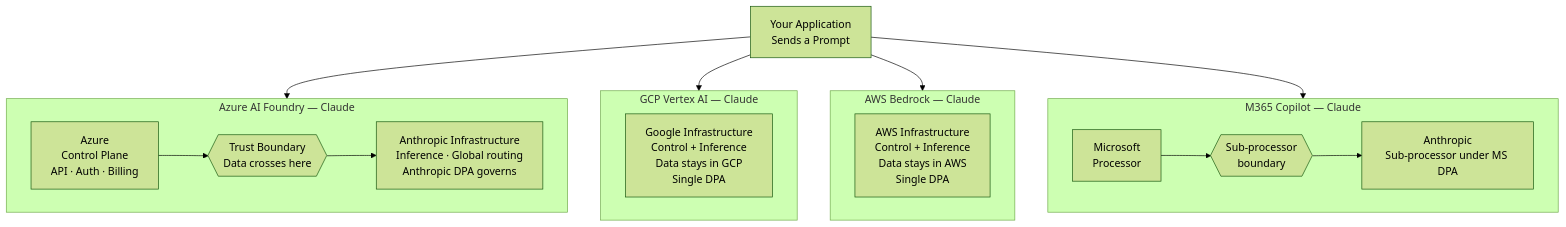
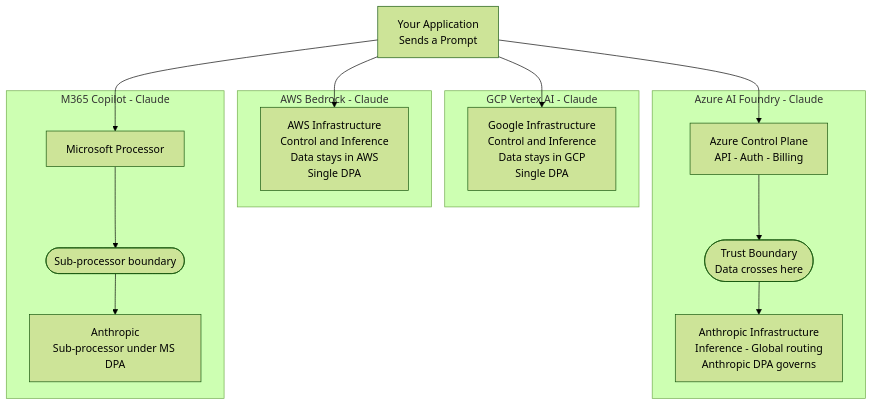
One commit to subodhpatil/suubodhpatil.github.io changed the first of 2 diagrams in _posts/2026-05-13-who-processes-the-data-ai-trust-boundary.md. Above: the diagram before and after it, drawn with Mermaid (forest theme). The commit also changed other lines of this file, not shown here.

Commit message:
Fix Mermaid diagram syntax errors in AI trust boundary post

````diff
--- a/_posts/2026-05-13-who-processes-the-data-ai-trust-boundary.md
+++ b/_posts/2026-05-13-who-processes-the-data-ai-trust-boundary.md
@@ -62,31 +62,31 @@
 ```mermaid
 flowchart TD
     App["Your Application\nSends a Prompt"]
 
-    App --> AzF
-    App --> GCP
-    App --> AWS
-    App --> M365
+    App --> AzF_CP
+    App --> GCP_ALL
+    App --> AWS_ALL
+    App --> M365_MS
 
-    subgraph AzF["Azure AI Foundry — Claude"]
-        AzF_CP["Azure\nControl Plane\nAPI · Auth · Billing"]
-        TB1{{"Trust Boundary\nData crosses here"}}
-        AzF_DP["Anthropic Infrastructure\nInference · Global routing\nAnthropic DPA governs"]
+    subgraph AzF["Azure AI Foundry - Claude"]
+        AzF_CP["Azure Control Plane\nAPI - Auth - Billing"]
+        TB1(["Trust Boundary\nData crosses here"])
+        AzF_DP["Anthropic Infrastructure\nInference - Global routing\nAnthropic DPA governs"]
         AzF_CP --> TB1 --> AzF_DP
     end
 
-    subgraph GCP["GCP Vertex AI — Claude"]
-        GCP_ALL["Google Infrastructure\nControl + Inference\nData stays in GCP\nSingle DPA"]
+    subgraph GCP["GCP Vertex AI - Claude"]
+        GCP_ALL["Google Infrastructure\nControl and Inference\nData stays in GCP\nSingle DPA"]
     end
 
-    subgraph AWS["AWS Bedrock — Claude"]
-        AWS_ALL["AWS Infrastructure\nControl + Inference\nData stays in AWS\nSingle DPA"]
+    subgraph AWS["AWS Bedrock - Claude"]
+        AWS_ALL["AWS Infrastructure\nControl and Inference\nData stays in AWS\nSingle DPA"]
     end
 
-    subgraph M365["M365 Copilot — Claude"]
-        M365_MS["Microsoft\nProcessor"]
-        TB2{{"Sub-processor\nboundary"}}
+    subgraph M365["M365 Copilot - Claude"]
+        M365_MS["Microsoft Processor"]
+        TB2(["Sub-processor boundary"])
         M365_ANT["Anthropic\nSub-processor under MS DPA"]
         M365_MS --> TB2 --> M365_ANT
     end
 ```
````
